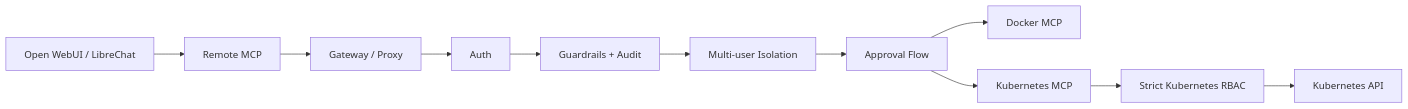
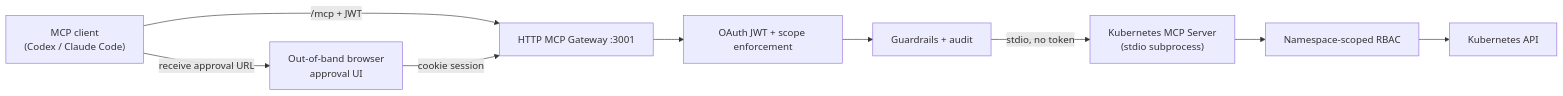
The diagram in docs/devs-readme.md (mirusser/Kubernetes-MCP-Guard), drawn with Mermaid before and after one commit. The commit also changed other lines of this file, not shown here.

````diff
--- a/docs/devs-readme.md
+++ b/docs/devs-readme.md
@@ -32,19 +27,17 @@
 ```mermaid
 graph LR
-    Client["Open WebUI / LibreChat"]
-    RemoteMcp["Remote MCP"]
-    Gateway["Gateway / Proxy"]
-    Auth["Auth"]
-    Guardrails["Guardrails + Audit"]
-    Isolation["Multi-user Isolation"]
-    Approval["Approval Flow"]
-    DockerMcp["Docker MCP"]
-    K8sMcp["Kubernetes MCP"]
-    Rbac["Strict Kubernetes RBAC"]
+    Client["MCP client<br/>(Codex / Claude Code)"]
+    Gateway["HTTP MCP Gateway :3001"]
+    Auth["OAuth JWT + scope enforcement"]
+    Guardrails["Guardrails + audit"]
+    K8sMcp["Kubernetes MCP Server<br/>(stdio subprocess)"]
+    Approval["Out-of-band browser<br/>approval UI"]
+    Rbac["Namespace-scoped RBAC"]
     K8s["Kubernetes API"]
 
-    Client --> RemoteMcp --> Gateway
-    Gateway --> Auth --> Guardrails --> Isolation --> Approval
-    Approval --> DockerMcp
-    Approval --> K8sMcp --> Rbac --> K8s
+    Client -->|"/mcp + JWT"| Gateway
+    Gateway --> Auth --> Guardrails
+    Guardrails -->|"stdio, no token"| K8sMcp --> Rbac --> K8s
+    Client -->|"receive approval URL"| Approval
+    Approval -->|"cookie session"| Gateway
 ```
````
